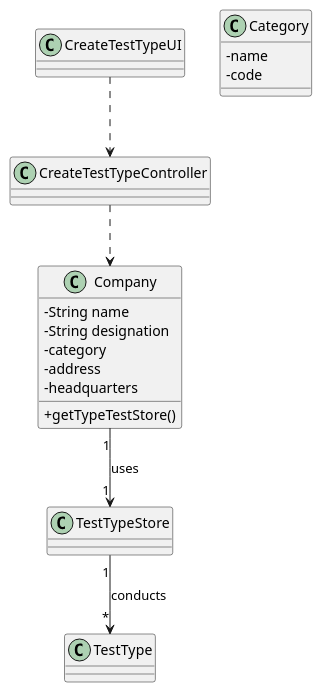
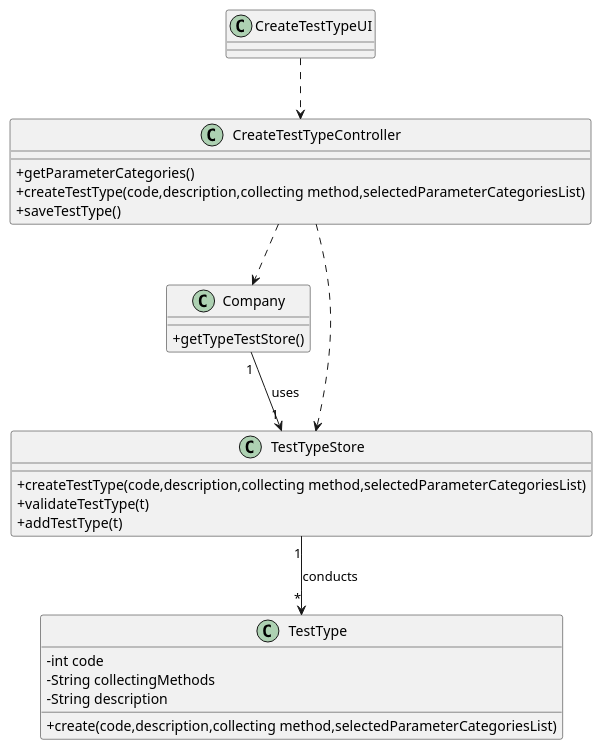
The diagram in docs/SprintB/US09/US09_CD.puml (manu-07-ela/LAPR2_ISEP), drawn with PlantUML before and after one commit. The commit also changed 4 other files, not shown here.

```diff
--- a/docs/SprintB/US09/US09_CD.puml
+++ b/docs/SprintB/US09/US09_CD.puml
@@ -1,35 +1,36 @@
 @startuml
 skinparam classAttributeIconSize 0
 
 class Company{
--String name
--String designation
--category
--address
--headquarters
 +getTypeTestStore()
 }
 
 class CreateTestTypeUI{
 }
 
 class CreateTestTypeController{
++getParameterCategories()
++createTestType(code,description,collecting method,selectedParameterCategoriesList)
++saveTestType()
 }
 
 class TestType{
-}
-
-class Category{
--name
--code
+-int code
+-String collectingMethods
+-String description
++create(code,description,collecting method,selectedParameterCategoriesList)
 }
 
 class TestTypeStore{
++createTestType(code,description,collecting method,selectedParameterCategoriesList)
++validateTestType(t)
++addTestType(t)
 }
 
 CreateTestTypeUI ..> CreateTestTypeController
 CreateTestTypeController ..> Company
+CreateTestTypeController ..> TestTypeStore
 Company"1"--> "1" TestTypeStore : uses
 TestTypeStore "1"-->"*" TestType : conducts
 
 @enduml
```
